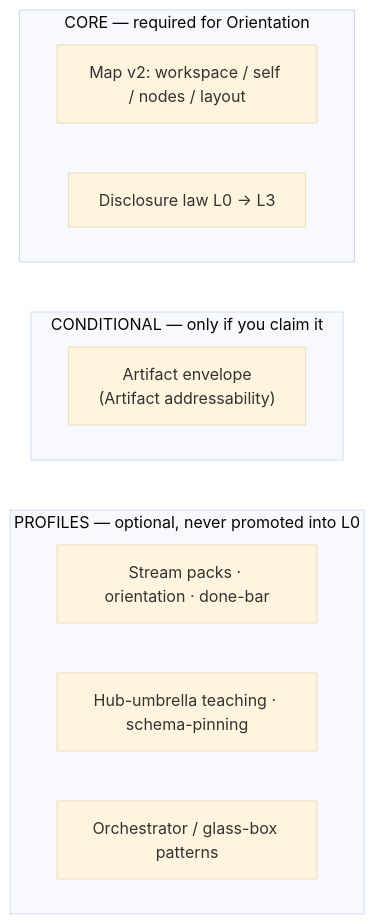
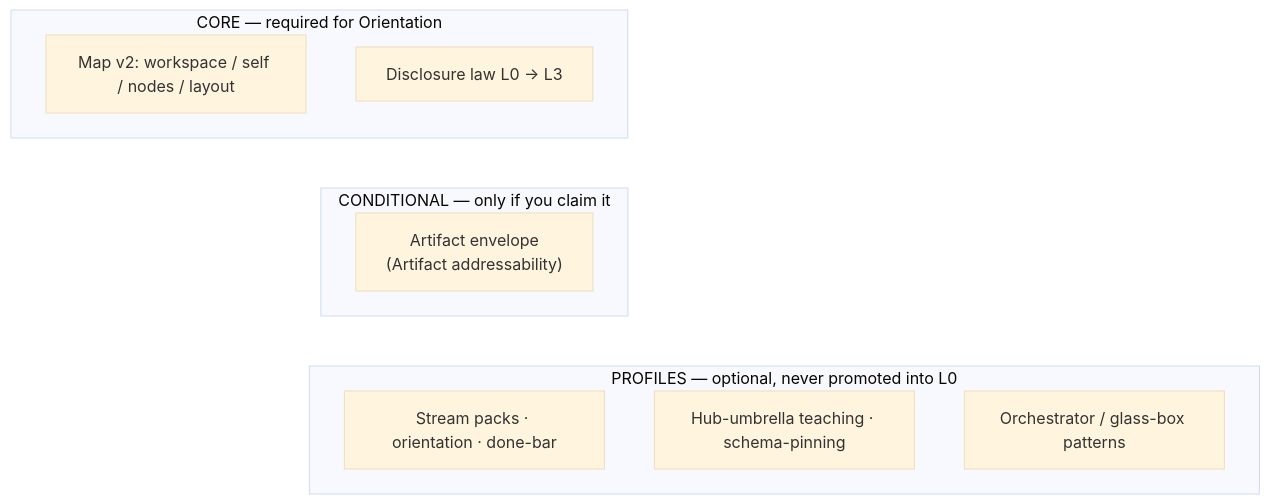
The fifth of 5 diagrams in README.md (gitpash/agent-artifact-protocol), drawn with Mermaid (base theme) before and after one commit. The commit also changed other lines of this file, not shown here.

First line of the commit message:
docs(readme): finish review nits — access/write, diagrams, pin, scope

````diff
--- a/README.md
+++ b/README.md
@@ -187,20 +200,20 @@
 ```mermaid
 flowchart TB
   subgraph core ["CORE — required for Orientation"]
     C1["Map v2: workspace / self / nodes / layout"]
     C2["Disclosure law L0 → L3"]
   end
 
   subgraph cond ["CONDITIONAL — only if you claim it"]
     C3["Artifact envelope<br/>(Artifact addressability)"]
   end
 
   subgraph prof ["PROFILES — optional, never promoted into L0"]
     P1["Stream packs · orientation · done-bar"]
     P2["Hub-umbrella teaching · schema-pinning"]
     P3["Orchestrator / glass-box patterns"]
   end
 
-  core ~~~ cond
-  cond ~~~ prof
+  C2 ~~~ C3
+  C3 ~~~ P1
 ```
````
